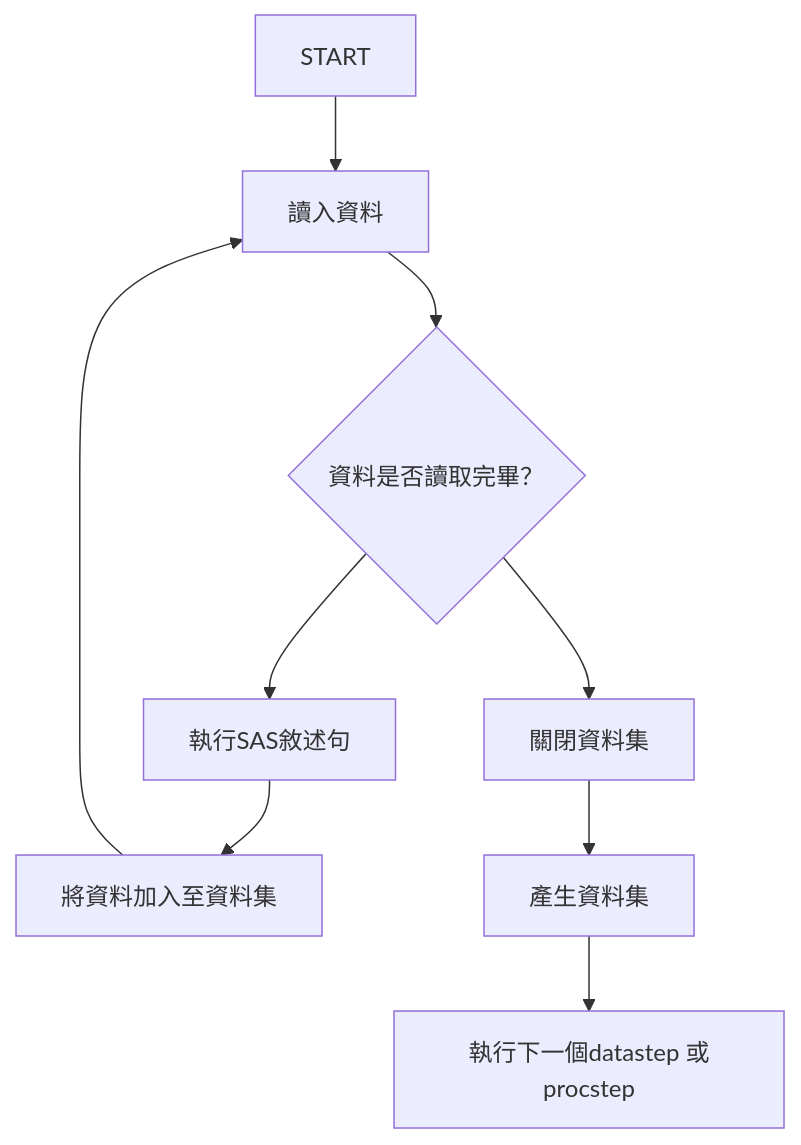
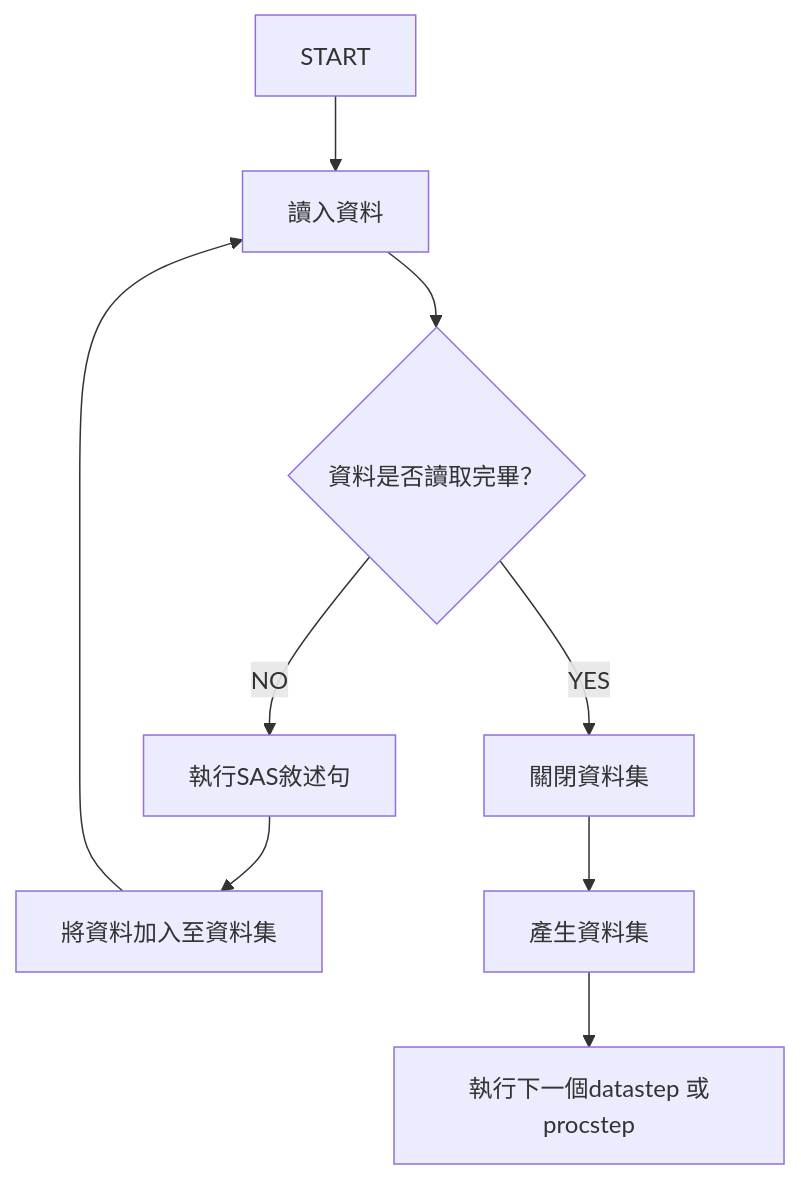
The diagram in 知識/統計/SAS/基礎知識/datastep.md (kuku0508/kuku_note_ver_2), drawn with Mermaid before and after one commit. The commit also changed 1 other file, not shown here.

Commit message:
vault backup: 2025-07-26 17:34:36

````diff
--- a/知識/統計/SAS/基礎知識/datastep.md
+++ b/知識/統計/SAS/基礎知識/datastep.md
@@ -8,19 +8,19 @@
 ```mermaid
 flowchart TD
 A@{shape: rect, label: "START"}
 B@{shape: rect, label: "讀入資料"}
 C@{shape: diam, label: "資料是否讀取完畢？"}
 D@{shape: rect, label: "執行SAS敘述句"}
 E@{shape: rect, label: "將資料加入至資料集"}
 F@{shape: rect, label: "關閉資料集"}
 G@{shape: rect, label: "產生資料集"}
 H@{shape: rect, label: "執行下一個datastep 或procstep"}
 A --> B
 B --> C
-C --> D
+C -->|NO| D
 D --> E
 E --> B
-C --> F
+C -->|YES| F
 F --> G
 G --> H
 ```
````
